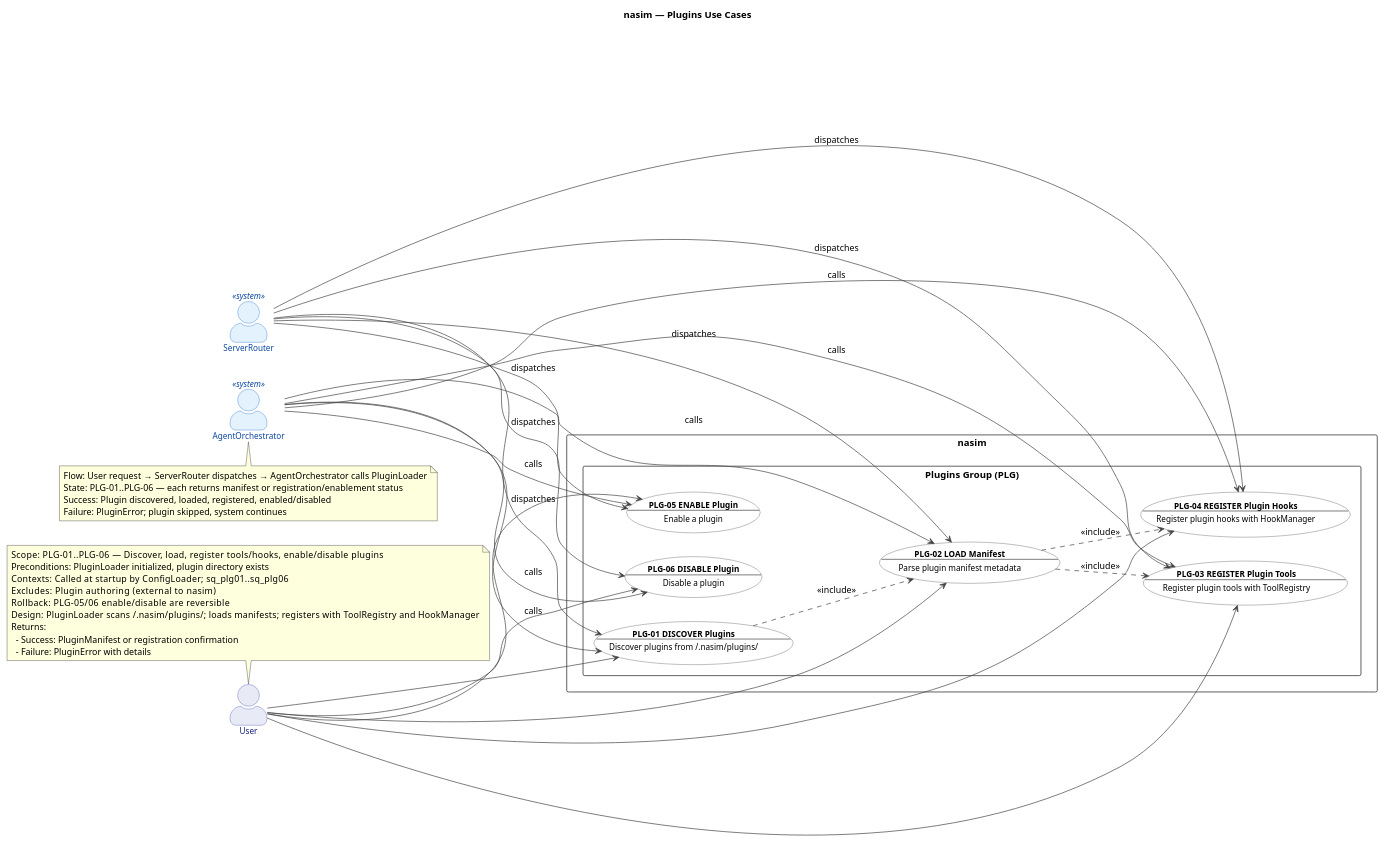
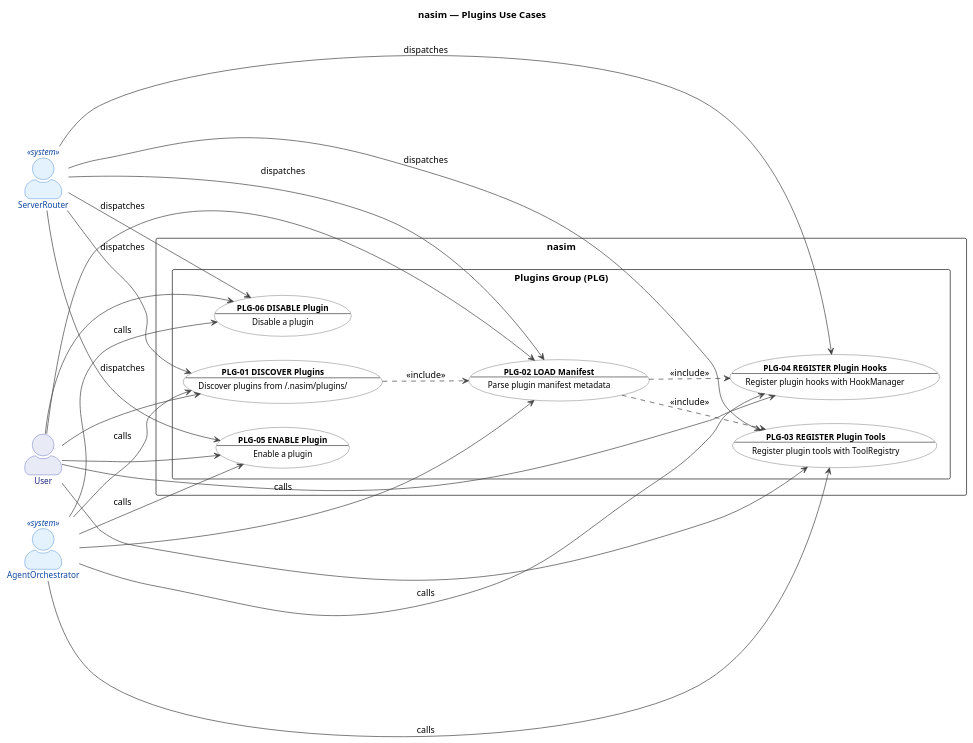
Before and after one commit to salimnamvar/nasim: the diagram in docs/UC/uc_plg.puml, drawn with PlantUML. The commit also changed 23 other files, not shown here.

First line of the commit message:
docs: Refactor UC diagrams and update merge script paths

```diff
--- a/docs/UC/uc_plg.puml
+++ b/docs/UC/uc_plg.puml
@@ -1,118 +1,121 @@
 @startuml uc_plg
+
 
 ' ============================================================
 ' Title:     nasim — UC: Plugins Group
 ' Group:     PLG (Plugins)
 ' Boundary:  nasim code agent
 ' Purpose:   Plugin discovery, loading, dynamic tool/hook registration
 ' Milestone: v1.0
 ' Version:   9.1.0
 ' Source:    docs/ENTITIES.md, docs/UC/README.md
 ' Review:    CAR refinement loop 2026-06-27
 ' SQ:        sq_plg01..sq_plg06
 ' ============================================================
 
+
 left to right direction
+
 
 title nasim — Plugins Use Cases
 
+
 skinparam actorStyle awesome
 skinparam packageStyle rectangle
+
 
 skinparam usecase {
   BackgroundColor #FFFFFF
   BorderColor #424242
   FontColor #000000
   ArrowColor #424242
   FontSize 12
 }
 
+
 skinparam actor {
   BackgroundColor #E8EAF6
   BorderColor #3949AB
   FontColor #1A237E
   FontSize 12
 }
 
+
 skinparam actor<<system>> {
   BackgroundColor #E3F2FD
   BorderColor #1565C0
   FontColor #0D47A1
 }
 
+
 ' ------------------------------------------------------------
 ' Actors
 ' ------------------------------------------------------------
+
 
 actor "User" as User
 actor "ServerRouter" as Router <<system>>
 actor "AgentOrchestrator" as Agent <<system>>
 
-note top of User
-  Scope:          PLG-01..PLG-06 — Discover, load, register tools/hooks, enable/disable plugins
-  Preconditions:  PluginLoader initialized, plugin directory exists
-  Contexts:       Called at startup by ConfigLoader; sq_plg01..sq_plg06
-  Excludes:       Plugin authoring (external to nasim)
-  Rollback:       PLG-05/06 enable/disable are reversible
-  Design:         PluginLoader scans ~/.nasim/plugins/; loads manifests; registers with ToolRegistry and HookManager
-  Returns:
-    - Success: PluginManifest or registration confirmation
-    - Failure: PluginError with details
-end note
+
+
 
 ' ------------------------------------------------------------
 ' System Boundary
 ' ------------------------------------------------------------
+
 
 rectangle "nasim" {
   package "Plugins Group (PLG)" {
     usecase "**PLG-01 DISCOVER Plugins**\n--\nDiscover plugins from ~/.nasim/plugins/" as PLG01
     usecase "**PLG-02 LOAD Manifest**\n--\nParse plugin manifest metadata" as PLG02
     usecase "**PLG-03 REGISTER Plugin Tools**\n--\nRegister plugin tools with ToolRegistry" as PLG03
     usecase "**PLG-04 REGISTER Plugin Hooks**\n--\nRegister plugin hooks with HookManager" as PLG04
     usecase "**PLG-05 ENABLE Plugin**\n--\nEnable a plugin" as PLG05
     usecase "**PLG-06 DISABLE Plugin**\n--\nDisable a plugin" as PLG06
   }
 }
 
+
 ' ------------------------------------------------------------
 ' Actor -> Use Case Associations
 ' ------------------------------------------------------------
+
 
 User --> PLG01
 User --> PLG02
 User --> PLG03
 User --> PLG04
 User --> PLG05
 User --> PLG06
 
+
 Router --> PLG01 : dispatches
 Router --> PLG02 : dispatches
 Router --> PLG03 : dispatches
 Router --> PLG04 : dispatches
 Router --> PLG05 : dispatches
 Router --> PLG06 : dispatches
+
 
 Agent --> PLG01 : calls
 Agent --> PLG02 : calls
 Agent --> PLG03 : calls
 Agent --> PLG04 : calls
 Agent --> PLG05 : calls
 Agent --> PLG06 : calls
 
+
 ' ------------------------------------------------------------
 ' Relationships
 ' ------------------------------------------------------------
+
 
 PLG01 ..> PLG02 : <<include>>
 PLG02 ..> PLG03 : <<include>>
 PLG02 ..> PLG04 : <<include>>
 
-note bottom of Agent
-  Flow:   User request → ServerRouter dispatches → AgentOrchestrator calls PluginLoader
-  State:  PLG-01..PLG-06 — each returns manifest or registration/enablement status
-  Success: Plugin discovered, loaded, registered, enabled/disabled
-  Failure: PluginError; plugin skipped, system continues
-end note
+
+
 
 @enduml
```
